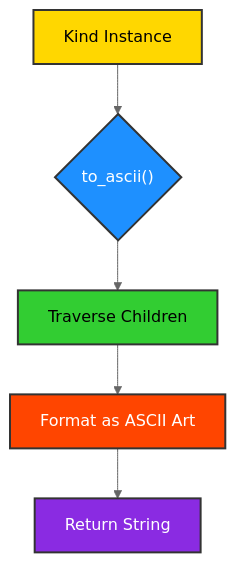
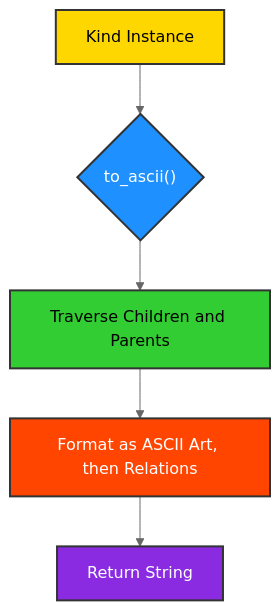
The seventh of 13 diagrams in docs/topics/8_api_highlights/index.md (ikko/kind), drawn with Mermaid (neutral theme) before and after one commit. The commit also changed other lines of this file and 62 other files, not shown here.

````diff
--- a/docs/topics/8_api_highlights/index.md
+++ b/docs/topics/8_api_highlights/index.md
@@ -395,13 +380,13 @@
 ```mermaid
 graph TD
     A[Kind Instance] --> B{to_ascii#40;#41;};
-    B --> C[Traverse Children];
-    C --> D[Format as ASCII Art];
+    B --> C[Traverse Children and Parents];
+    C --> D[Format as ASCII Art, then Relations];
     D --> E[Return String];
 
     style A fill:#FFD700,stroke:#333,stroke-width:2px,color:#000000;
     style B fill:#1E90FF,stroke:#333,stroke-width:2px,color:#FFFFFF;
     style C fill:#32CD32,stroke:#333,stroke-width:2px,color:#000000;
     style D fill:#FF4500,stroke:#333,stroke-width:2px,color:#FFFFFF;
     style E fill:#8A2BE2,stroke:#333,stroke-width:2px,color:#FFFFFF;
 ```
````
